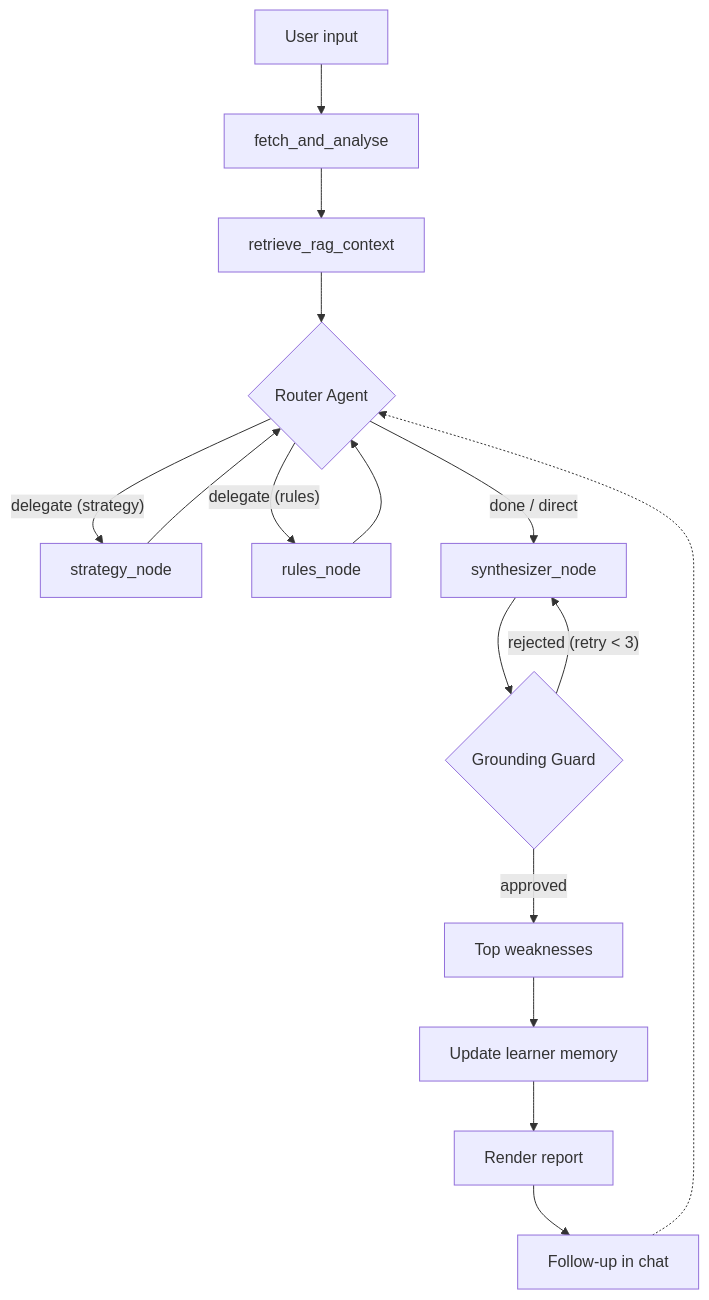
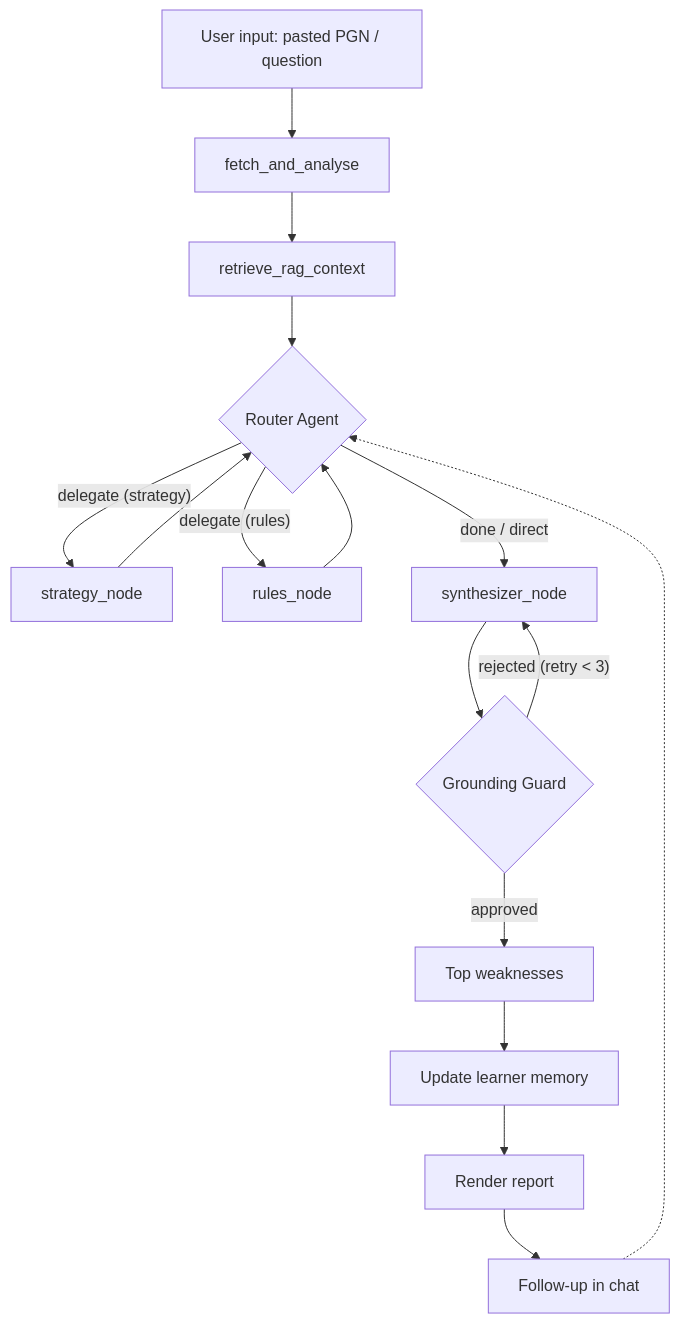
One commit to rakeshnetdev/AIEC01_CERT_CHLG_GRANDMATE changed the second of 8 diagrams in docs/ARCHITECTURE.md. Above: the diagram before and after it, drawn with Mermaid. The commit also changed other lines of this file and 20 other files, not shown here.

````diff
--- a/docs/ARCHITECTURE.md
+++ b/docs/ARCHITECTURE.md
@@ -73,22 +76,22 @@
 ```mermaid
 flowchart TD
-    U[User input] --> FETCH[fetch_and_analyse]
+    U["User input: pasted PGN / question"] --> FETCH[fetch_and_analyse]
     FETCH --> RAG_C[retrieve_rag_context]
     RAG_C --> ROUTE{Router Agent}
-    
+
     ROUTE -- "delegate (strategy)" --> STRAT[strategy_node]
     ROUTE -- "delegate (rules)" --> RULES[rules_node]
     ROUTE -- "done / direct" --> SYNTH[synthesizer_node]
-    
+
     STRAT --> ROUTE
     RULES --> ROUTE
-    
+
     SYNTH --> GUARD{Grounding Guard}
     GUARD -- approved --> WEAK[Top weaknesses]
     GUARD -- rejected (retry < 3) --> SYNTH
-    
+
     WEAK --> WRITE[Update learner memory]
     WRITE --> REPORT[Render report]
     REPORT --> FOLLOW[Follow-up in chat]
     FOLLOW -.-> ROUTE
 ```
````
